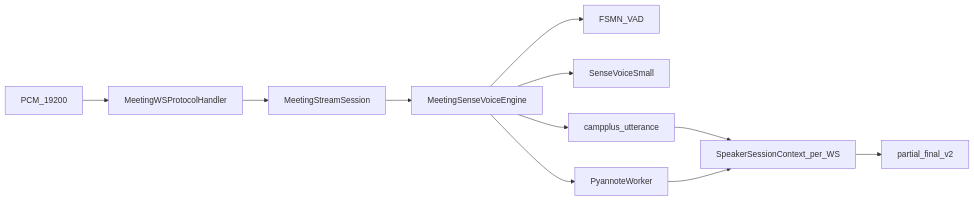
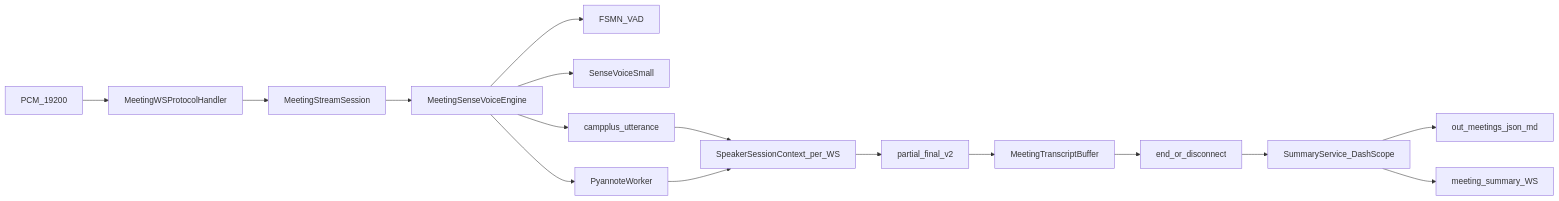
The diagram in doc/meeting/架构与数据流.md (zhao1425493031/FunASRVoiceToText), drawn with Mermaid before and after one commit. The commit also changed other lines of this file and 49 other files, not shown here.

````diff
--- a/doc/meeting/架构与数据流.md
+++ b/doc/meeting/架构与数据流.md
@@ -14,13 +14,18 @@
 ```mermaid
 flowchart LR
   PCM[PCM_19200] --> Handler[MeetingWSProtocolHandler]
   Handler --> Session[MeetingStreamSession]
   Session --> Engine[MeetingSenseVoiceEngine]
   Engine --> VAD[FSMN_VAD]
   Engine --> SV[SenseVoiceSmall]
   Engine --> Embed[campplus_utterance]
   Engine --> Pyannote[PyannoteWorker]
   Embed --> Ctx[SpeakerSessionContext_per_WS]
   Pyannote --> Ctx
   Ctx --> V2[partial_final_v2]
+  V2 --> Buf[MeetingTranscriptBuffer]
+  Buf --> End[end_or_disconnect]
+  End --> LLM[SummaryService_DashScope]
+  LLM --> Export[out_meetings_json_md]
+  LLM --> WSSum[meeting_summary_WS]
 ```
````
